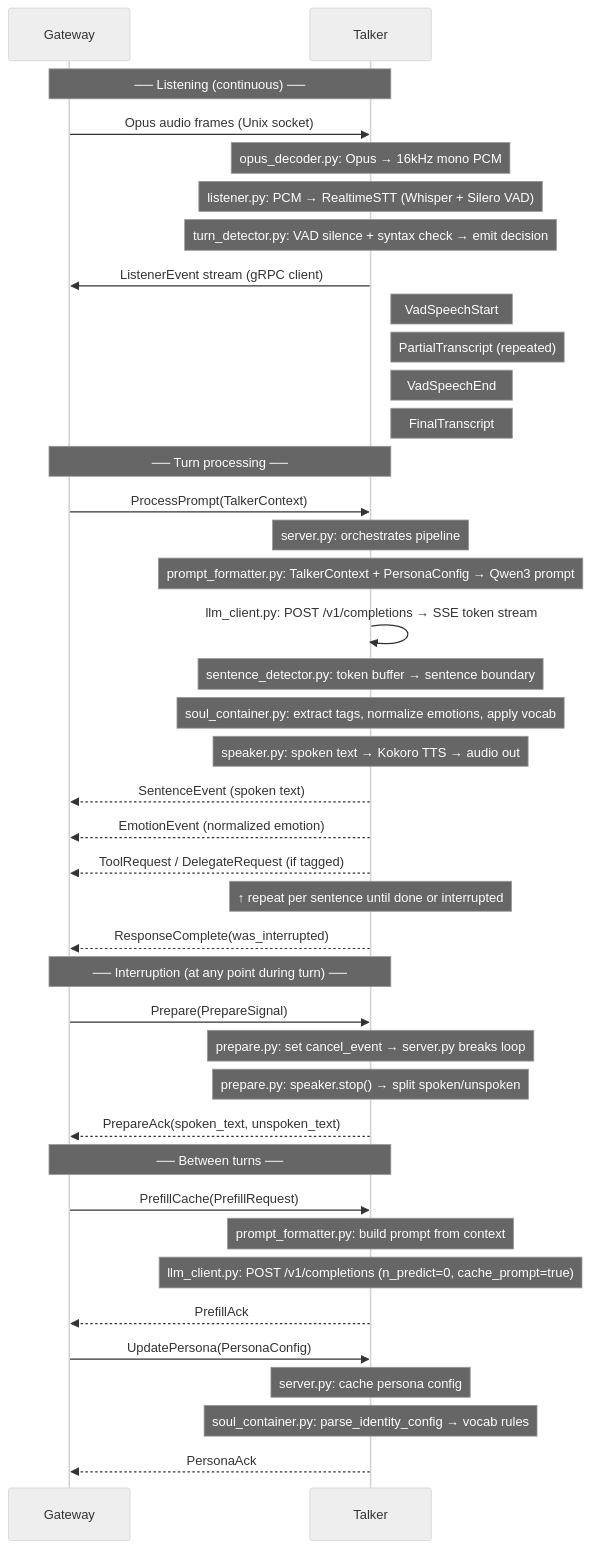
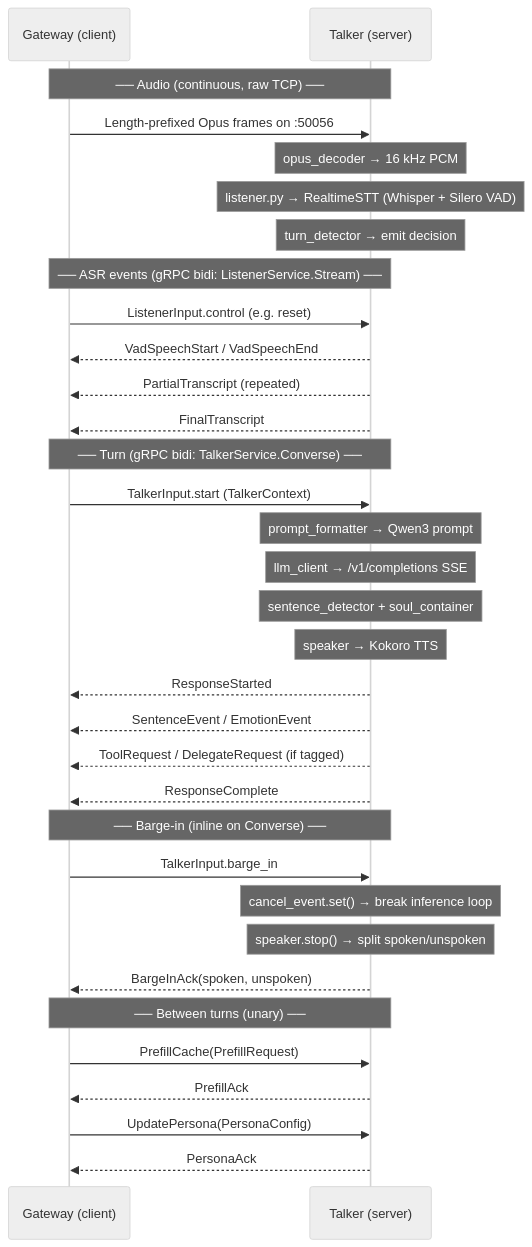
The diagram in talker/README.md (styin/kaguya), drawn with Mermaid (neutral theme) before and after one commit. The commit also changed other lines of this file and 1 other file, not shown here.

First line of the commit message:
docs(readme): rewrite setup instructions for current architecture

````diff
--- a/talker/README.md
+++ b/talker/README.md
@@ -179,47 +231,40 @@
 ```mermaid
 sequenceDiagram
-    participant G as Gateway
-    participant T as Talker
+    participant G as Gateway (client)
+    participant T as Talker (server)
 
-    note over G,T: ── Listening (continuous) ──
-    G->>T: Opus audio frames (Unix socket)
-    note over T: opus_decoder.py: Opus → 16kHz mono PCM
-    note over T: listener.py: PCM → RealtimeSTT (Whisper + Silero VAD)
-    note over T: turn_detector.py: VAD silence + syntax check → emit decision
-    T->>G: ListenerEvent stream (gRPC client)
-    note right of T: VadSpeechStart
-    note right of T: PartialTranscript (repeated)
-    note right of T: VadSpeechEnd
-    note right of T: FinalTranscript
+    note over G,T: ── Audio (continuous, raw TCP) ──
+    G->>T: Length-prefixed Opus frames on :50056
+    note over T: opus_decoder → 16 kHz PCM
+    note over T: listener.py → RealtimeSTT (Whisper + Silero VAD)
+    note over T: turn_detector → emit decision
 
-    note over G,T: ── Turn processing ──
-    G->>T: ProcessPrompt(TalkerContext)
-    note over T: server.py: orchestrates pipeline
-    note over T: prompt_formatter.py: TalkerContext + PersonaConfig → Qwen3 prompt
-    T->>T: llm_client.py: POST /v1/completions → SSE token stream
-    note over T: sentence_detector.py: token buffer → sentence boundary
-    note over T: soul_container.py: extract tags, normalize emotions, apply vocab
-    note over T: speaker.py: spoken text → Kokoro TTS → audio out
-    T-->>G: SentenceEvent (spoken text)
-    T-->>G: EmotionEvent (normalized emotion)
+    note over G,T: ── ASR events (gRPC bidi: ListenerService.Stream) ──
+    G->>T: ListenerInput.control (e.g. reset)
+    T-->>G: VadSpeechStart / VadSpeechEnd
+    T-->>G: PartialTranscript (repeated)
+    T-->>G: FinalTranscript
+
+    note over G,T: ── Turn (gRPC bidi: TalkerService.Converse) ──
+    G->>T: TalkerInput.start (TalkerContext)
+    note over T: prompt_formatter → Qwen3 prompt
+    note over T: llm_client → /v1/completions SSE
+    note over T: sentence_detector + soul_container
+    note over T: speaker → Kokoro TTS
+    T-->>G: ResponseStarted
+    T-->>G: SentenceEvent / EmotionEvent
     T-->>G: ToolRequest / DelegateRequest (if tagged)
-    note over T: ↑ repeat per sentence until done or interrupted
-    T-->>G: ResponseComplete(was_interrupted)
+    T-->>G: ResponseComplete
 
-    note over G,T: ── Interruption (at any point during turn) ──
-    G->>T: Prepare(PrepareSignal)
-    note over T: prepare.py: set cancel_event → server.py breaks loop
-    note over T: prepare.py: speaker.stop() → split spoken/unspoken
-    T-->>G: PrepareAck(spoken_text, unspoken_text)
+    note over G,T: ── Barge-in (inline on Converse) ──
+    G->>T: TalkerInput.barge_in
+    note over T: cancel_event.set() → break inference loop
+    note over T: speaker.stop() → split spoken/unspoken
+    T-->>G: BargeInAck(spoken, unspoken)
 
-    note over G,T: ── Between turns ──
+    note over G,T: ── Between turns (unary) ──
     G->>T: PrefillCache(PrefillRequest)
-    note over T: prompt_formatter.py: build prompt from context
-    note over T: llm_client.py: POST /v1/completions (n_predict=0, cache_prompt=true)
     T-->>G: PrefillAck
-
     G->>T: UpdatePersona(PersonaConfig)
-    note over T: server.py: cache persona config
-    note over T: soul_container.py: parse_identity_config → vocab rules
     T-->>G: PersonaAck
 ```
````
